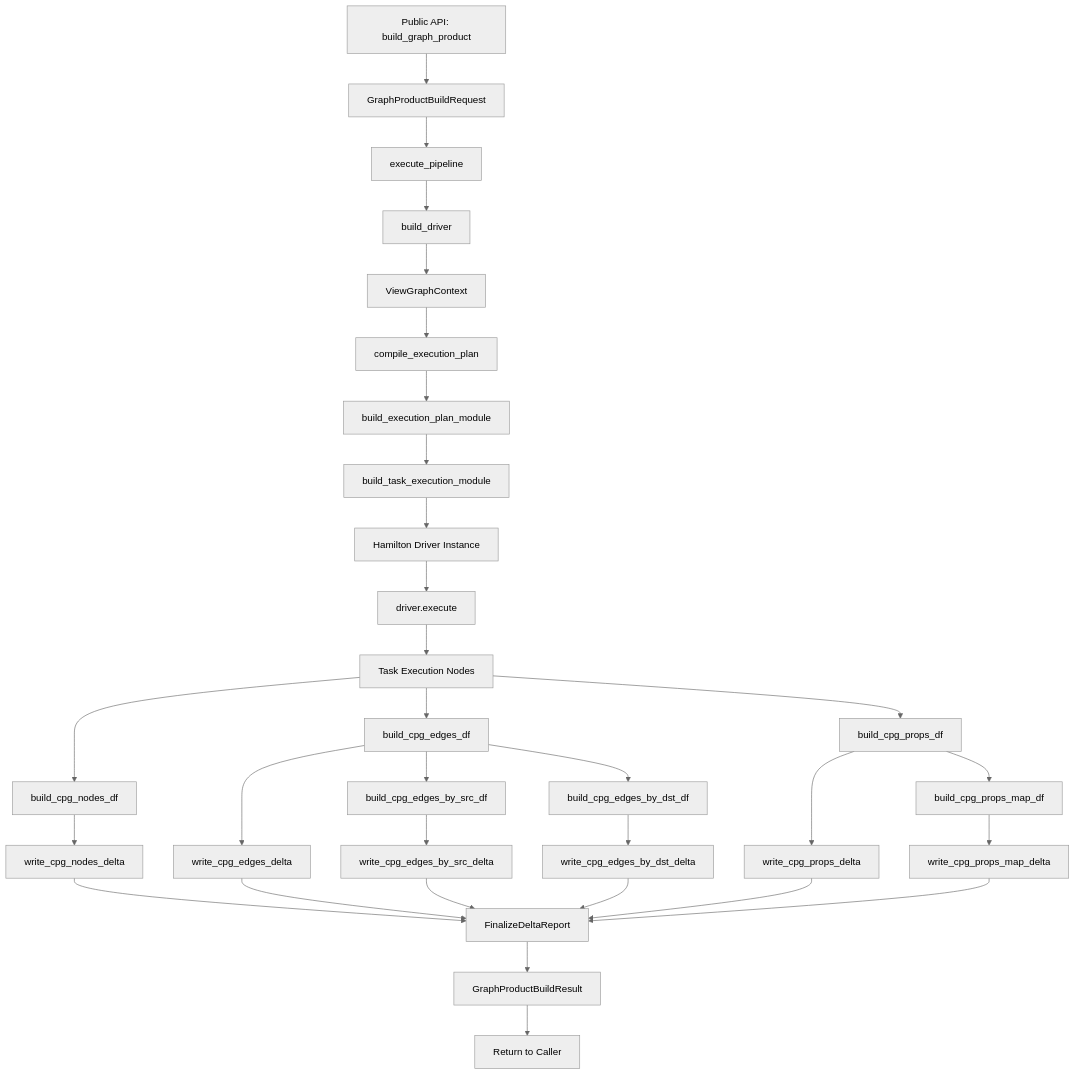
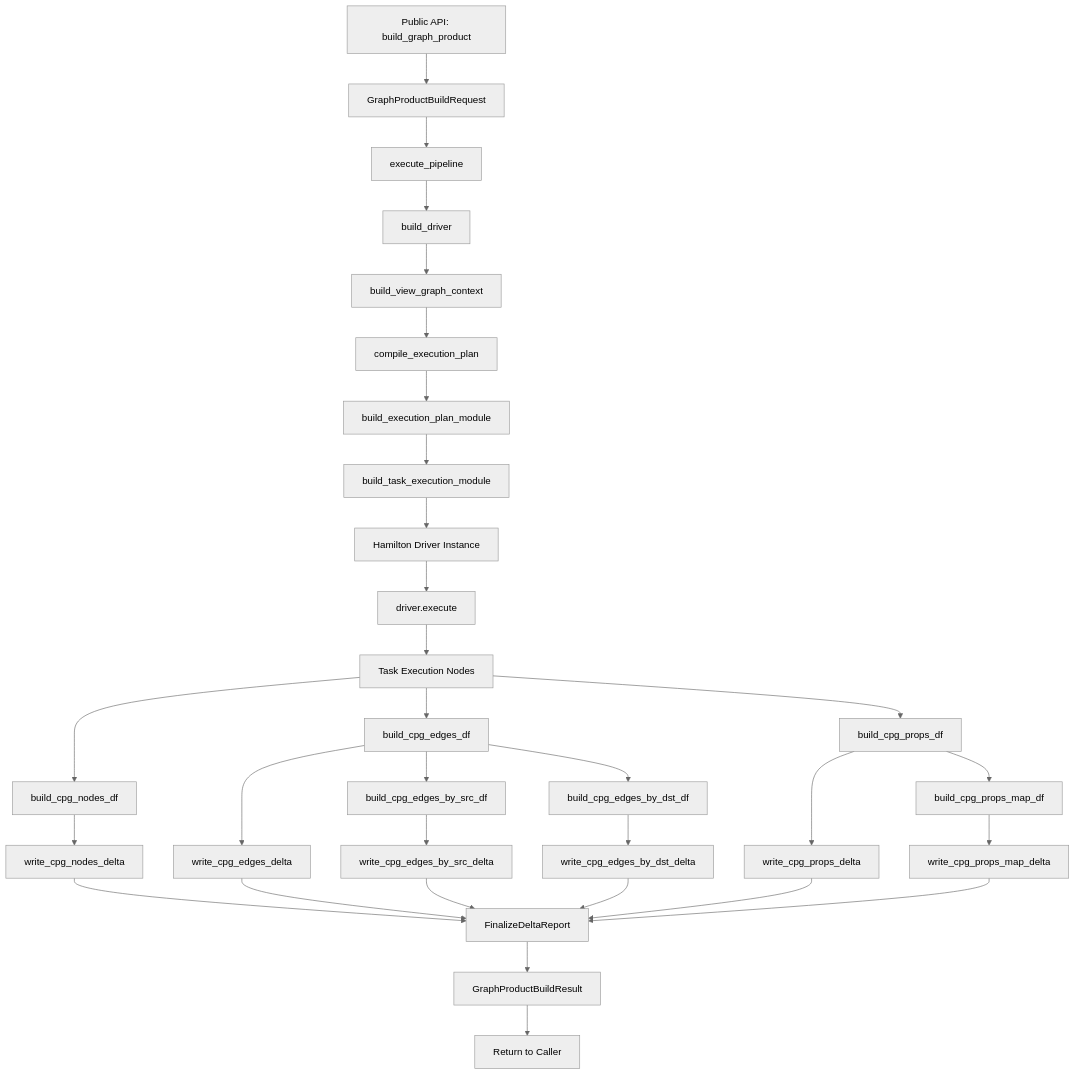
One commit to paul-heyse/CodeAnatomy changed the diagram in docs/architecture/part_vi_cpg_build_and_orchestration.md. Above: the diagram before and after it, drawn with Mermaid (neutral theme). The commit also changed other lines of this file and 102 other files, not shown here.

````diff
--- a/docs/architecture/part_vi_cpg_build_and_orchestration.md
+++ b/docs/architecture/part_vi_cpg_build_and_orchestration.md
@@ -1340,33 +1637,33 @@
 ```mermaid
 flowchart TD
     A[Public API: build_graph_product] --> B[GraphProductBuildRequest]
     B --> C[execute_pipeline]
     C --> D[build_driver]
-    D --> E[ViewGraphContext]
+    D --> E[build_view_graph_context]
     E --> F[compile_execution_plan]
     F --> G[build_execution_plan_module]
     G --> H[build_task_execution_module]
     H --> I[Hamilton Driver Instance]
     I --> J[driver.execute]
     J --> K[Task Execution Nodes]
     K --> L[build_cpg_nodes_df]
     K --> M[build_cpg_edges_df]
     K --> N[build_cpg_props_df]
     L --> O[write_cpg_nodes_delta]
     M --> P[write_cpg_edges_delta]
     N --> Q[write_cpg_props_delta]
     N --> Q1[build_cpg_props_map_df]
     M --> Q2[build_cpg_edges_by_src_df]
     M --> Q3[build_cpg_edges_by_dst_df]
     Q1 --> Q4[write_cpg_props_map_delta]
     Q2 --> Q5[write_cpg_edges_by_src_delta]
     Q3 --> Q6[write_cpg_edges_by_dst_delta]
     O --> R[FinalizeDeltaReport]
     P --> R
     Q --> R
     Q4 --> R
     Q5 --> R
     Q6 --> R
     R --> S[GraphProductBuildResult]
     S --> T[Return to Caller]
 ```
````
